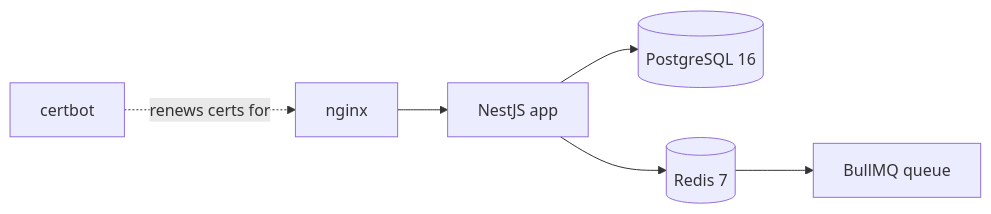
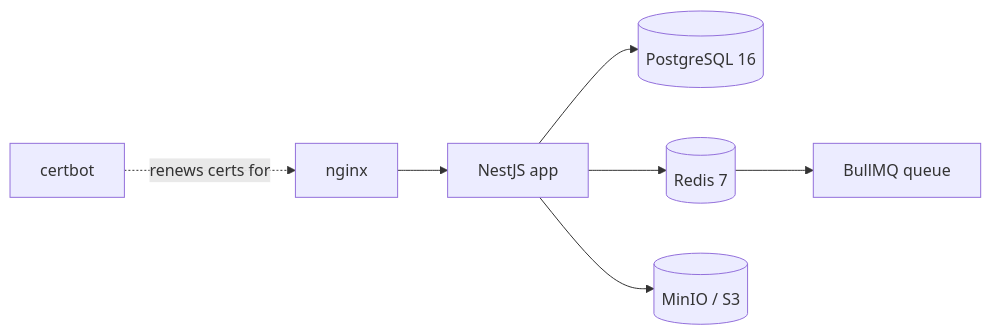
Before and after one commit to tareq89/biddaloy: the diagram in docs/architecture/10-third-party-services.md, drawn with Mermaid. The commit also changed other lines of this file and 22 other files, not shown here.

````diff
--- a/docs/architecture/10-third-party-services.md
+++ b/docs/architecture/10-third-party-services.md
@@ -11,8 +11,9 @@
 ```mermaid
 flowchart LR
     app[NestJS app] --> db[(PostgreSQL 16)]
     app --> redis[(Redis 7)]
+    app --> minio[(MinIO / S3)]
     redis --> bullmq[BullMQ queue]
     nginx[nginx] --> app
     certbot[certbot] -.renews certs for.-> nginx
 ```
````
